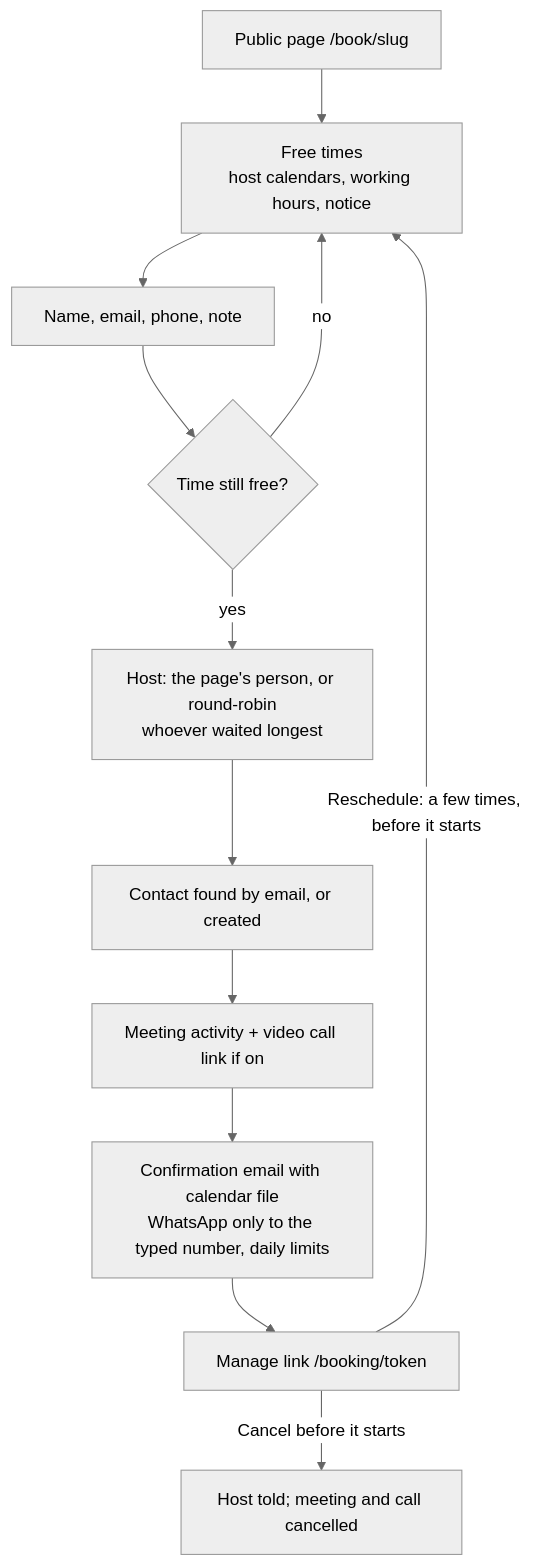
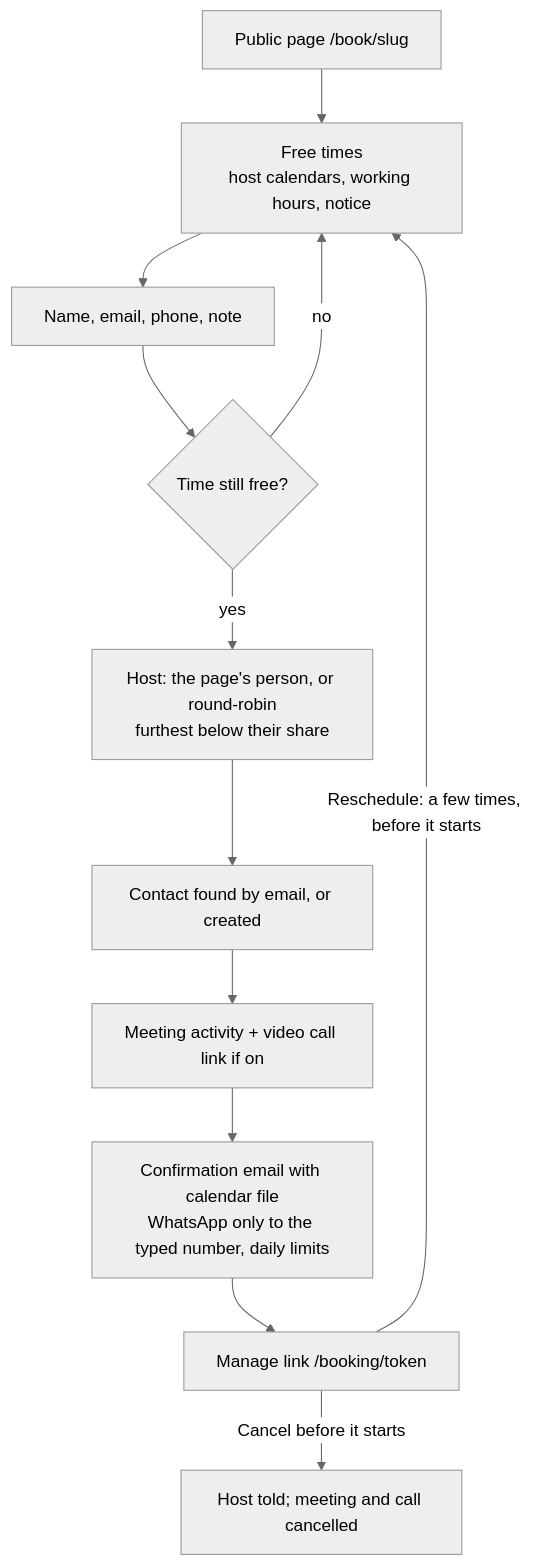
One commit to srengsokheng/crm_template changed the fifth of 5 diagrams in docs/flows/README.md. Above: the diagram before and after it, drawn with Mermaid (neutral theme). The commit also changed 7 other files, not shown here.

First line of the commit message:
Booking: weighted round-robin (each person's share of a shared page)

````diff
--- a/docs/flows/README.md
+++ b/docs/flows/README.md
@@ -86,14 +86,14 @@
 ```mermaid
 flowchart TD
   A[Public page /book/slug] --> B[Free times<br/>host calendars, working hours, notice]
   B --> C[Name, email, phone, note]
   C --> D{Time still free?}
   D -->|no| B
-  D -->|yes| E[Host: the page's person, or round-robin<br/>whoever waited longest]
+  D -->|yes| E[Host: the page's person, or round-robin<br/>furthest below their share]
   E --> F[Contact found by email, or created]
   F --> G[Meeting activity + video call link if on]
   G --> H[Confirmation email with calendar file<br/>WhatsApp only to the typed number, daily limits]
   H --> I[Manage link /booking/token]
   I -->|Reschedule: a few times, before it starts| B
   I -->|Cancel before it starts| X[Host told; meeting and call cancelled]
 ```
````
